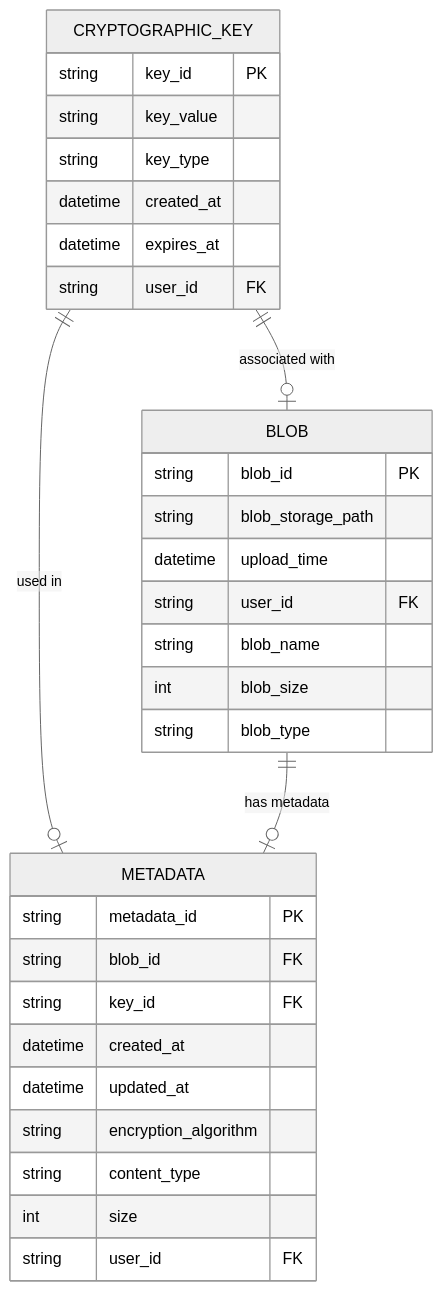
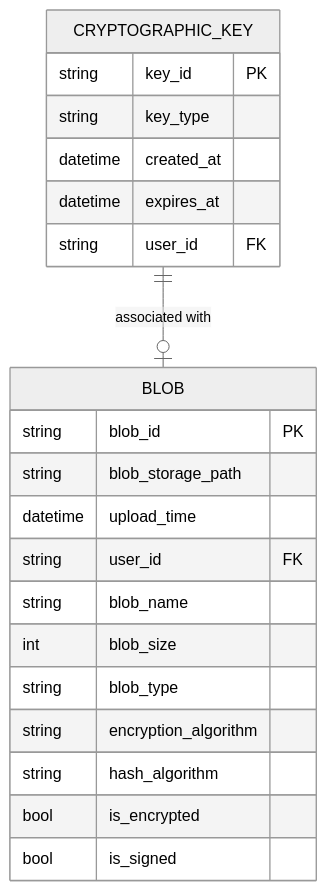
The diagram in docs/diagrams/erd.mmd (MGTheTrain/crypto-vault-service), drawn with Mermaid (neutral theme) before and after one commit. The commit also changed 3 other files, not shown here.

```diff
--- a/docs/diagrams/erd.mmd
+++ b/docs/diagrams/erd.mmd
@@ -1,35 +1,24 @@
 erDiagram
     CRYPTOGRAPHIC_KEY {
         string key_id PK
-        string key_value
         string key_type
         datetime created_at
         datetime expires_at
-        string user_id FK
-    }
-
-    METADATA {
-        string metadata_id PK
-        string blob_id FK
-        string key_id FK
-        datetime created_at
-        datetime updated_at
-        string encryption_algorithm
-        string content_type
-        int size
         string user_id FK
     }
 
     BLOB {
         string blob_id PK
         string blob_storage_path
         datetime upload_time
         string user_id FK
         string blob_name
         int blob_size
         string blob_type
+        string encryption_algorithm
+        string hash_algorithm
+        bool is_encrypted
+        bool is_signed
     }
 
-    CRYPTOGRAPHIC_KEY ||--o| METADATA : "used in"
     CRYPTOGRAPHIC_KEY ||--o| BLOB : "associated with"
-    BLOB ||--o| METADATA : "has metadata"
```
